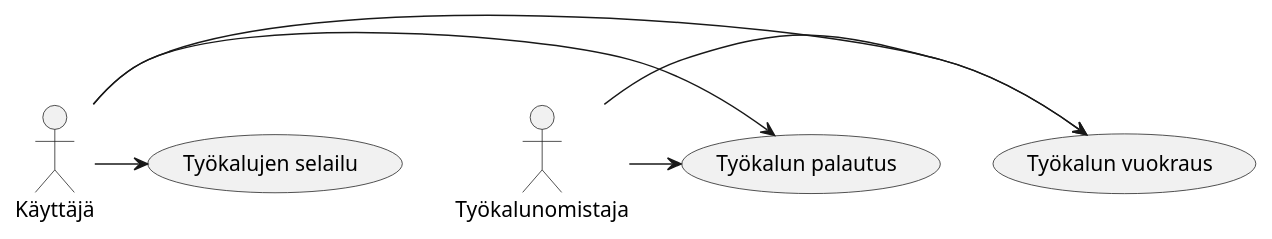
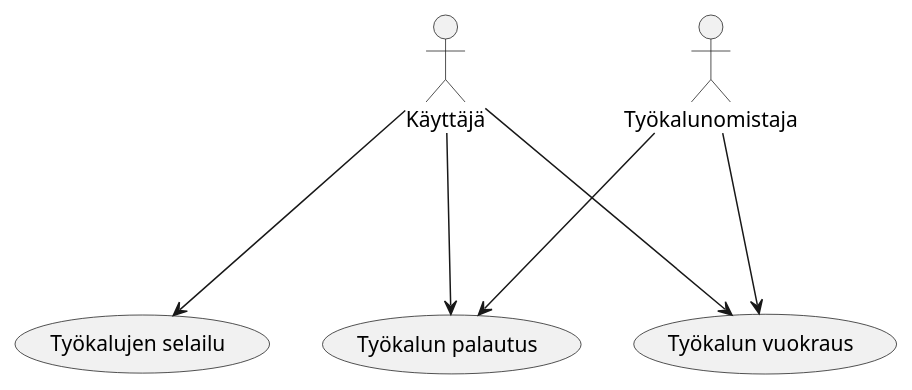
One commit to samsonitto/itool changed the second of 2 diagrams in README.md. Above: the diagram before and after it, drawn with PlantUML.

````diff
--- a/README.md
+++ b/README.md
@@ -99,9 +99,9 @@
 ```plantuml
 @startuml
-    Käyttäjä -> (Työkalujen selailu)
-    Käyttäjä -> (Työkalun vuokraus)
-    Käyttäjä -> (Työkalun palautus)
-    :Työkalunomistaja: -> (Työkalun vuokraus)
-    :Työkalunomistaja: -> (Työkalun palautus)
+    Käyttäjä ---> (Työkalujen selailu)
+    Käyttäjä ---> (Työkalun vuokraus)
+    Käyttäjä ---> (Työkalun palautus)
+    :Työkalunomistaja: ---> (Työkalun vuokraus)
+    :Työkalunomistaja: ---> (Työkalun palautus)
 @enduml
 ```
````
